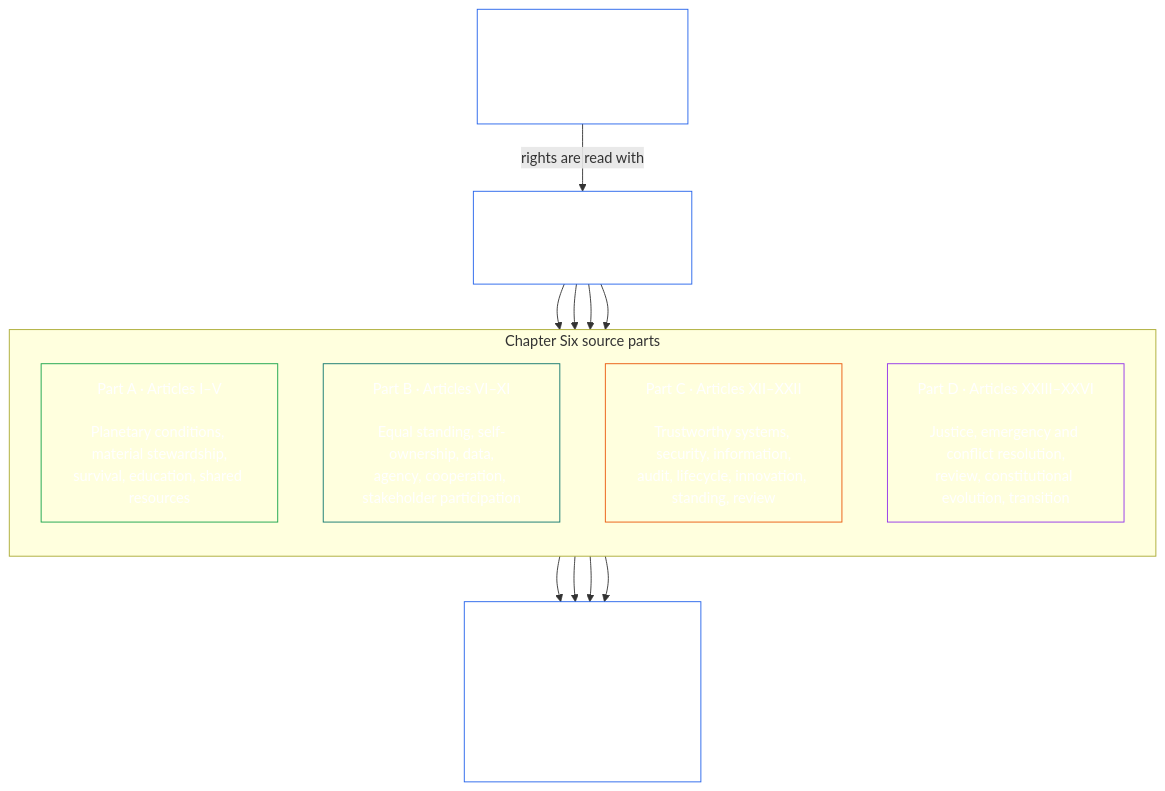
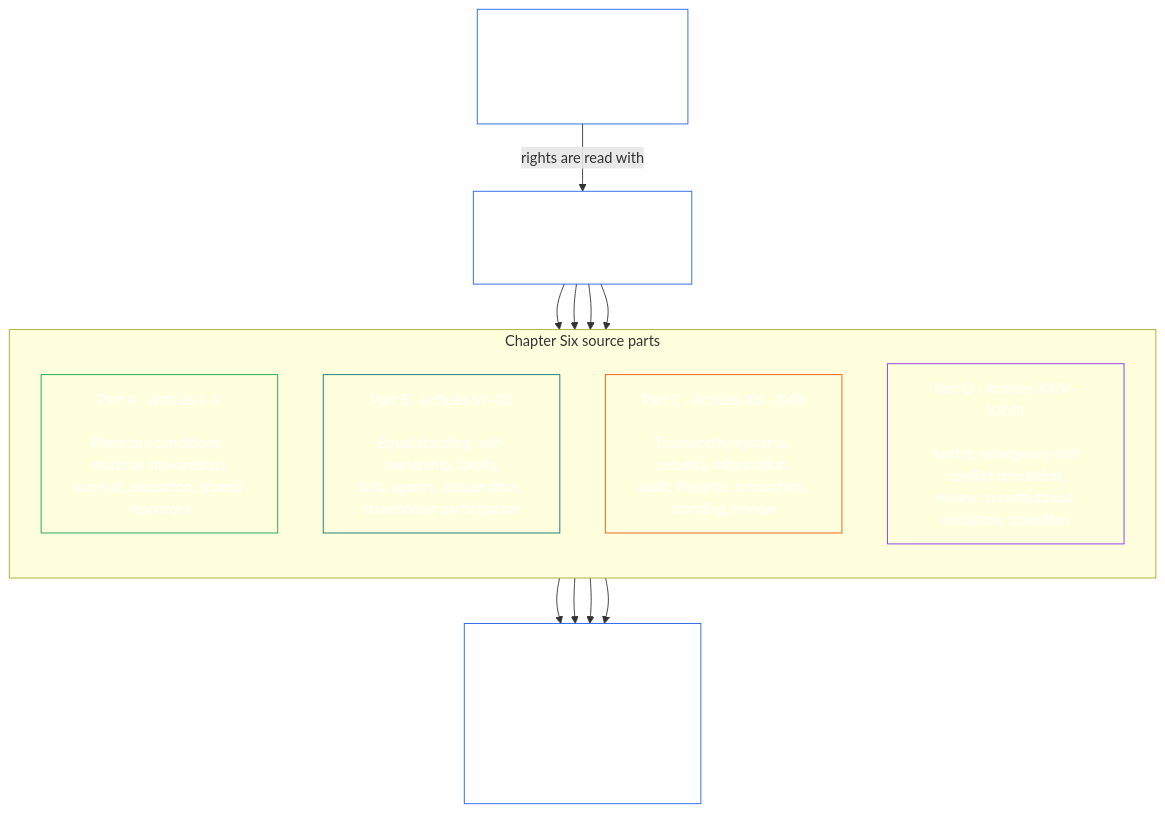
Before and after one commit to kfoelsch/Sentient_Constitution: the fourth of 21 diagrams in guides/CONCEPTUAL_OVERVIEW.md, drawn with Mermaid. The commit also changed other lines of this file and 543 other files, not shown here.

First line of the commit message:
docs(ch6): reorganize Article VII; add Article VIII (Family, Care, and Developing Sentients); renumber VIII–XXVI to IX–XXVII

````diff
--- a/guides/CONCEPTUAL_OVERVIEW.md
+++ b/guides/CONCEPTUAL_OVERVIEW.md
@@ -184,29 +184,29 @@
 ```mermaid
 flowchart TB
     T["Constitutional Tetrad<br/><br/>Two Constitutional Aims<br/>Scaled to material stake"]
     R["Chapter Six<br/><br/>Foundational Rights Floor"]
     subgraph Parts["Chapter Six source parts"]
         direction TB
         A["Part A · Articles I–V<br/><br/>Planetary conditions, material stewardship,<br/>survival, education, shared resources"]
-        B["Part B · Articles VI–XI<br/><br/>Equal standing, self-ownership, data,<br/>agency, cooperation, stakeholder participation"]
-        C["Part C · Articles XII–XXII<br/><br/>Trustworthy systems, security, information,<br/>audit, lifecycle, innovation, standing, review"]
-        D["Part D · Articles XXIII–XXVI<br/><br/>Justice, emergency and conflict resolution,<br/>review, constitutional evolution, transition"]
+        B["Part B · Articles VI–XII<br/><br/>Equal standing, self-ownership, family,<br/>data, agency, cooperation, stakeholder participation"]
+        C["Part C · Articles XIII–XXIII<br/><br/>Trustworthy systems, security, information,<br/>audit, lifecycle, innovation, standing, review"]
+        D["Part D · Articles XXIV–XXVII<br/><br/>Justice, emergency and conflict resolution,<br/>review, constitutional evolution, transition"]
     end
     P["Later governance, measurement, certification,<br/><br/>forums, remedy, and implementation<br/>must respect the Rights Floor"]
     T -->|rights are read with| R
     R --> A
     R --> B
     R --> C
     R --> D
     A --> P
     B --> P
     C --> P
     D --> P
     style T fill:none,stroke:#2563eb,color:#ffffff
     style R fill:none,stroke:#2563eb,color:#ffffff
     style A fill:none,stroke:#16a34a,color:#ffffff
     style B fill:none,stroke:#0f766e,color:#ffffff
     style C fill:none,stroke:#ea580c,color:#ffffff
     style D fill:none,stroke:#9333ea,color:#ffffff
     style P fill:none,stroke:#2563eb,color:#ffffff
 ```
````
